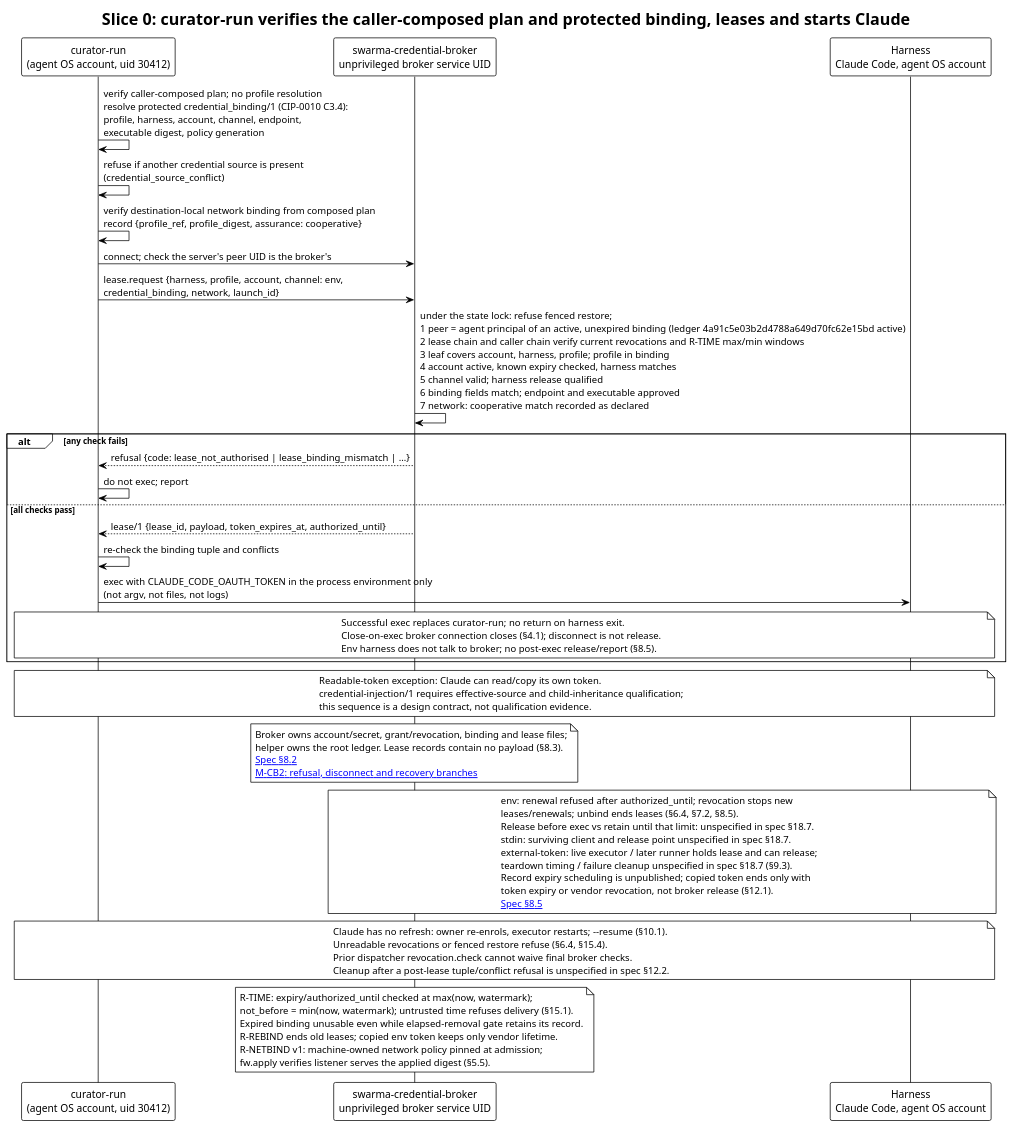
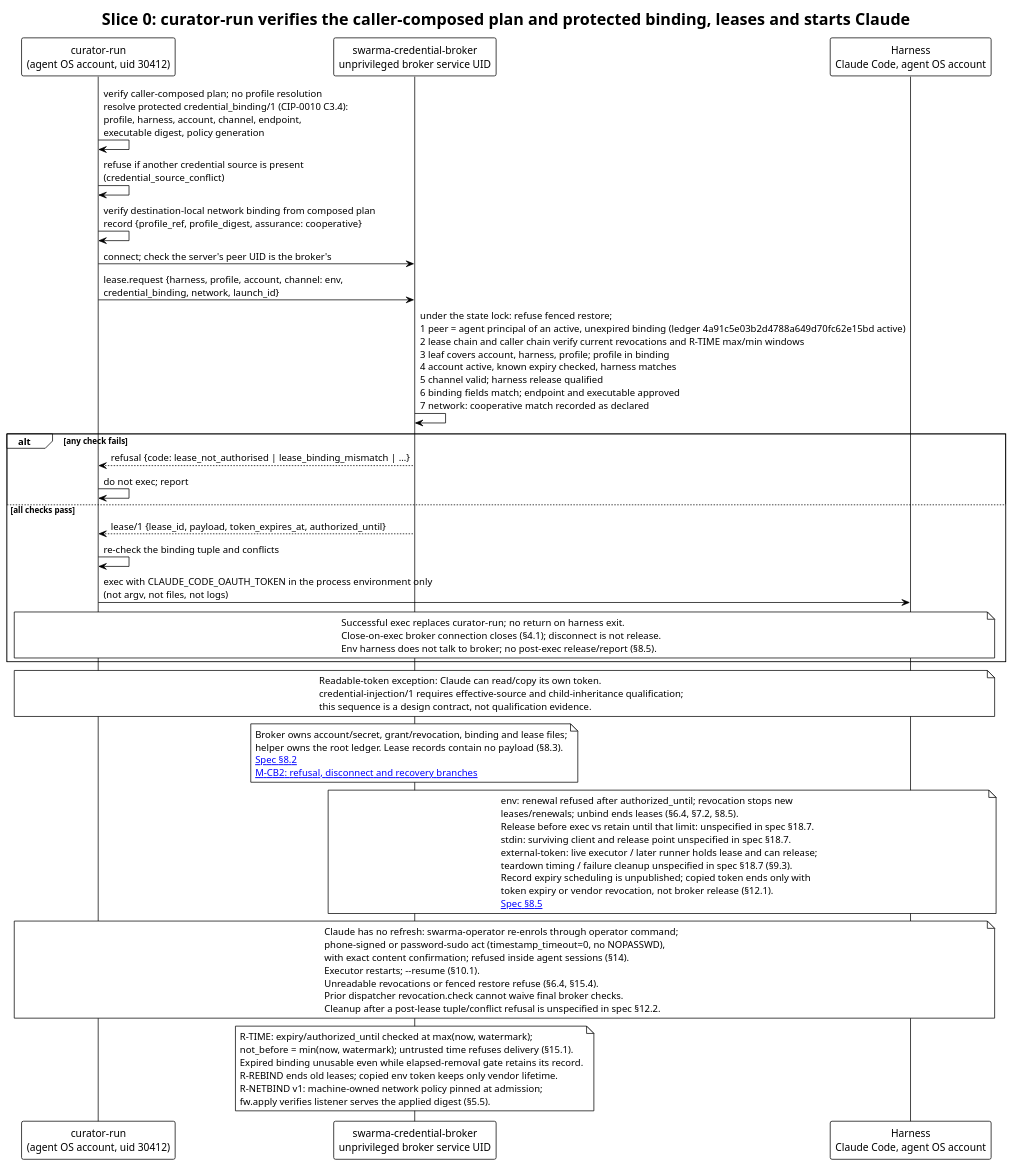
Before and after one commit to relux-works/swarma-credential-broker: the diagram in diagrams/lease-at-launch.puml, drawn with PlantUML. The commit also changed 9 other files, not shown here.

First line of the commit message:
Apply the phone-first operator path (F-23) to the broker spec

```diff
--- a/diagrams/lease-at-launch.puml
+++ b/diagrams/lease-at-launch.puml
@@ -1,60 +1,63 @@
 @startuml lease-at-launch
 !theme plain
 title Slice 0: curator-run verifies the caller-composed plan and protected binding, leases and starts Claude
 
 participant "curator-run\n(agent OS account, uid 30412)" as E
 participant "swarma-credential-broker\nunprivileged broker service UID" as B
 participant "Harness\nClaude Code, agent OS account" as H
 
 E -> E: verify caller-composed plan; no profile resolution\nresolve protected credential_binding/1 (CIP-0010 C3.4):\nprofile, harness, account, channel, endpoint,\nexecutable digest, policy generation
 E -> E: refuse if another credential source is present\n(credential_source_conflict)
 E -> E: verify destination-local network binding from composed plan\nrecord {profile_ref, profile_digest, assurance: cooperative}
 E -> B: connect; check the server's peer UID is the broker's
 E -> B: lease.request {harness, profile, account, channel: env,\ncredential_binding, network, launch_id}
 B -> B: under the state lock: refuse fenced restore;\n1 peer = agent principal of an active, unexpired binding (ledger 4a91c5e03b2d4788a649d70fc62e15bd active)\n2 lease chain and caller chain verify current revocations and R-TIME max/min windows\n3 leaf covers account, harness, profile; profile in binding\n4 account active, known expiry checked, harness matches\n5 channel valid; harness release qualified\n6 binding fields match; endpoint and executable approved\n7 network: cooperative match recorded as declared
 alt any check fails
   B --> E: refusal {code: lease_not_authorised | lease_binding_mismatch | …}
   E -> E: do not exec; report
 else all checks pass
   B --> E: lease/1 {lease_id, payload, token_expires_at, authorized_until}
   E -> E: re-check the binding tuple and conflicts
   E -> H: exec with CLAUDE_CODE_OAUTH_TOKEN in the process environment only\n(not argv, not files, not logs)
   note over E,H
     Successful exec replaces curator-run; no return on harness exit.
     Close-on-exec broker connection closes (§4.1); disconnect is not release.
     Env harness does not talk to broker; no post-exec release/report (§8.5).
   end note
 end
 note over E,H: Readable-token exception: Claude can read/copy its own token.\ncredential-injection/1 requires effective-source and child-inheritance qualification;\nthis sequence is a design contract, not qualification evidence.
 note over B
   Broker owns account/secret, grant/revocation, binding and lease files;
   helper owns the root ledger. Lease records contain no payload (§8.3).
   [[../spec/broker.md#82-checks-in-order Spec §8.2]]
   [[lease-recovery.puml M-CB2: refusal, disconnect and recovery branches]]
 end note
 note over B,H
   env: renewal refused after authorized_until; revocation stops new
   leases/renewals; unbind ends leases (§6.4, §7.2, §8.5).
   Release before exec vs retain until that limit: unspecified in spec §18.7.
   stdin: surviving client and release point unspecified in spec §18.7.
   external-token: live executor / later runner holds lease and can release;
   teardown timing / failure cleanup unspecified in spec §18.7 (§9.3).
   Record expiry scheduling is unpublished; copied token ends only with
   token expiry or vendor revocation, not broker release (§12.1).
   [[../spec/broker.md#85-renewal-release-and-reports Spec §8.5]]
 end note
 note over E,H
-  Claude has no refresh: owner re-enrols, executor restarts; --resume (§10.1).
+  Claude has no refresh: swarma-operator re-enrols through operator command;
+  phone-signed or password-sudo act (timestamp_timeout=0, no NOPASSWD),
+  with exact content confirmation; refused inside agent sessions (§14).
+  Executor restarts; --resume (§10.1).
   Unreadable revocations or fenced restore refuse (§6.4, §15.4).
   Prior dispatcher revocation.check cannot waive final broker checks.
   Cleanup after a post-lease tuple/conflict refusal is unspecified in spec §12.2.
 end note
 note over B
   R-TIME: expiry/authorized_until checked at max(now, watermark);
   not_before = min(now, watermark); untrusted time refuses delivery (§15.1).
   Expired binding unusable even while elapsed-removal gate retains its record.
   R-REBIND ends old leases; copied env token keeps only vendor lifetime.
   R-NETBIND v1: machine-owned network policy pinned at admission;
   fw.apply verifies listener serves the applied digest (§5.5).
 end note
 @enduml
```
